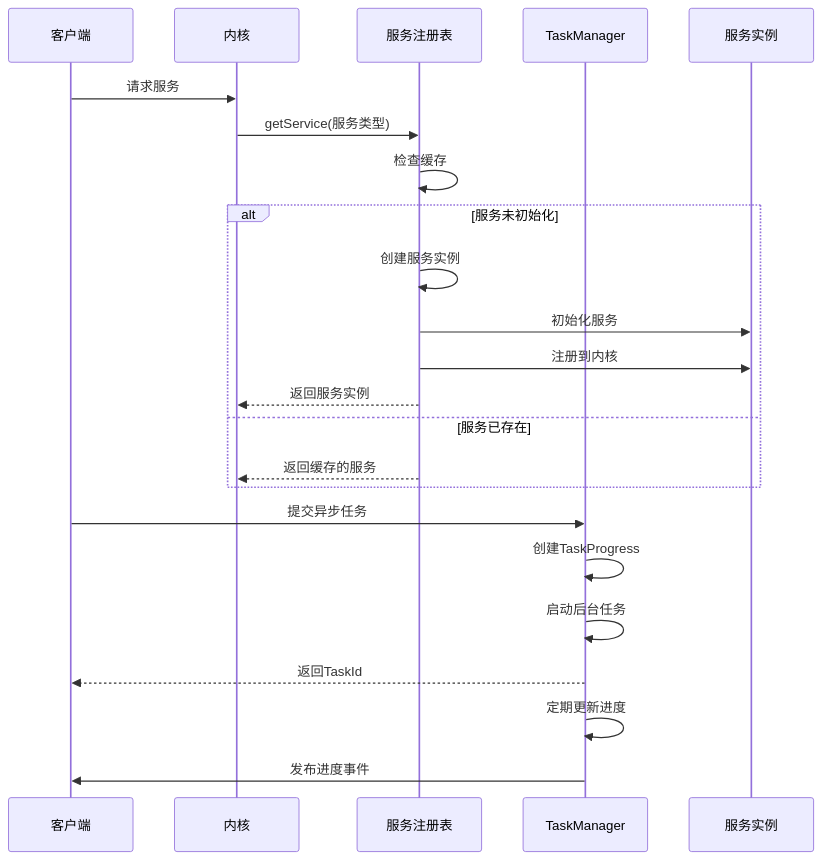
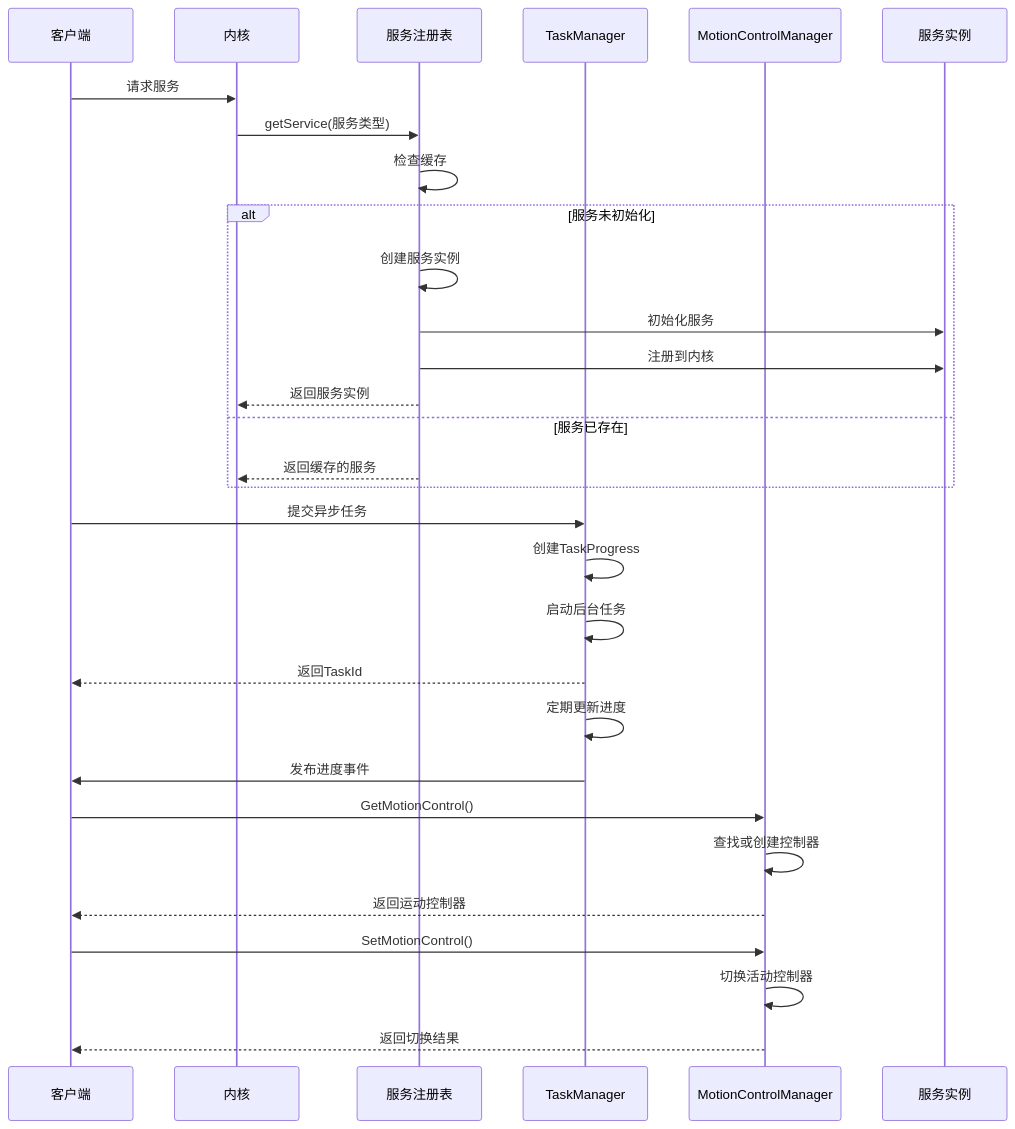
One commit to super1wang/LaserCNCv1.0 changed the third of 26 diagrams in .qoder/repowiki/zh/content/项目概述/模块设计/Process模块设计/Process模块服务管理架构改进.md. Above: the diagram before and after it, drawn with Mermaid. The commit also changed other lines of this file and 25 other files, not shown here.

````diff
--- a/.qoder/repowiki/zh/content/项目概述/模块设计/Process模块设计/Process模块服务管理架构改进.md
+++ b/.qoder/repowiki/zh/content/项目概述/模块设计/Process模块设计/Process模块服务管理架构改进.md
@@ -266,25 +301,32 @@
 ```mermaid
 sequenceDiagram
 participant Client as 客户端
 participant Kernel as 内核
 participant Registry as 服务注册表
 participant TaskMgr as TaskManager
+participant MotionCtlMgr as MotionControlManager
 participant Service as 服务实例
 Client->>Kernel : 请求服务
 Kernel->>Registry : getService(服务类型)
 Registry->>Registry : 检查缓存
 alt 服务未初始化
 Registry->>Registry : 创建服务实例
 Registry->>Service : 初始化服务
 Registry->>Service : 注册到内核
 Registry-->>Kernel : 返回服务实例
 else 服务已存在
 Registry-->>Kernel : 返回缓存的服务
 end
 Client->>TaskMgr : 提交异步任务
 TaskMgr->>TaskMgr : 创建TaskProgress
 TaskMgr->>TaskMgr : 启动后台任务
 TaskMgr-->>Client : 返回TaskId
 TaskMgr->>TaskMgr : 定期更新进度
 TaskMgr->>Client : 发布进度事件
+Client->>MotionCtlMgr : GetMotionControl()
+MotionCtlMgr->>MotionCtlMgr : 查找或创建控制器
+MotionCtlMgr-->>Client : 返回运动控制器
+Client->>MotionCtlMgr : SetMotionControl()
+MotionCtlMgr->>MotionCtlMgr : 切换活动控制器
+MotionCtlMgr-->>Client : 返回切换结果
 ```
````
